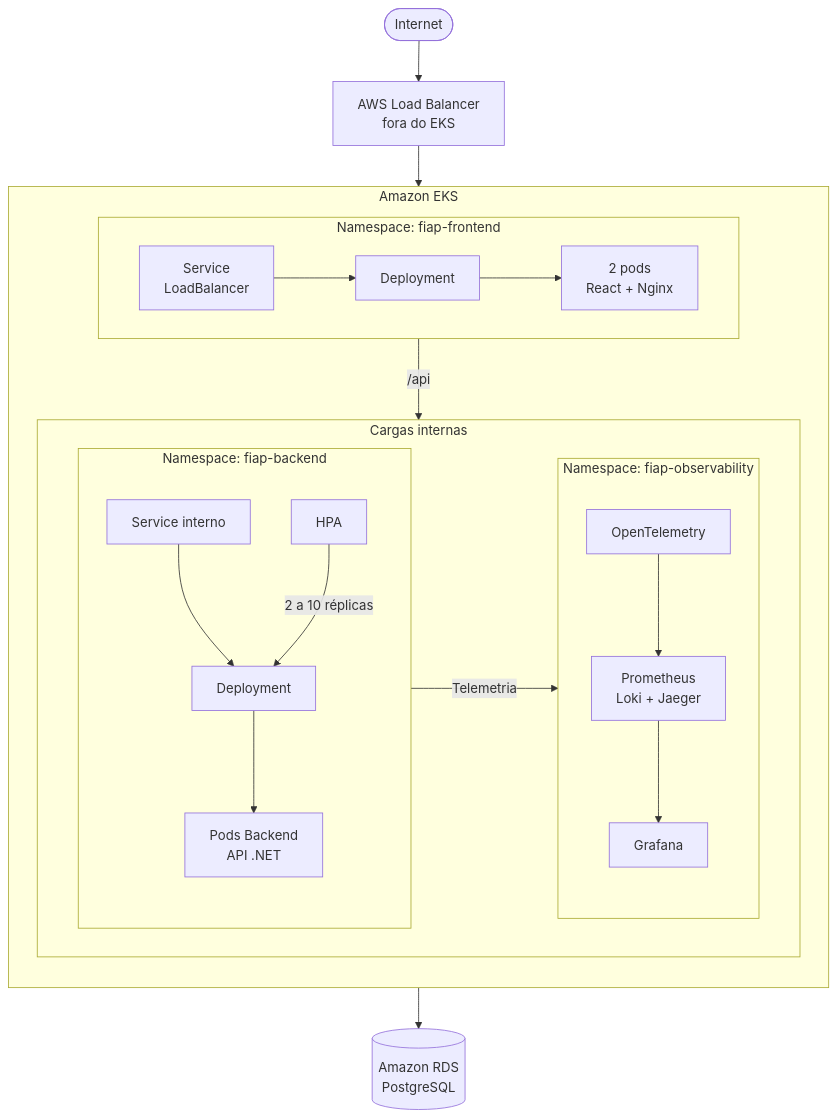
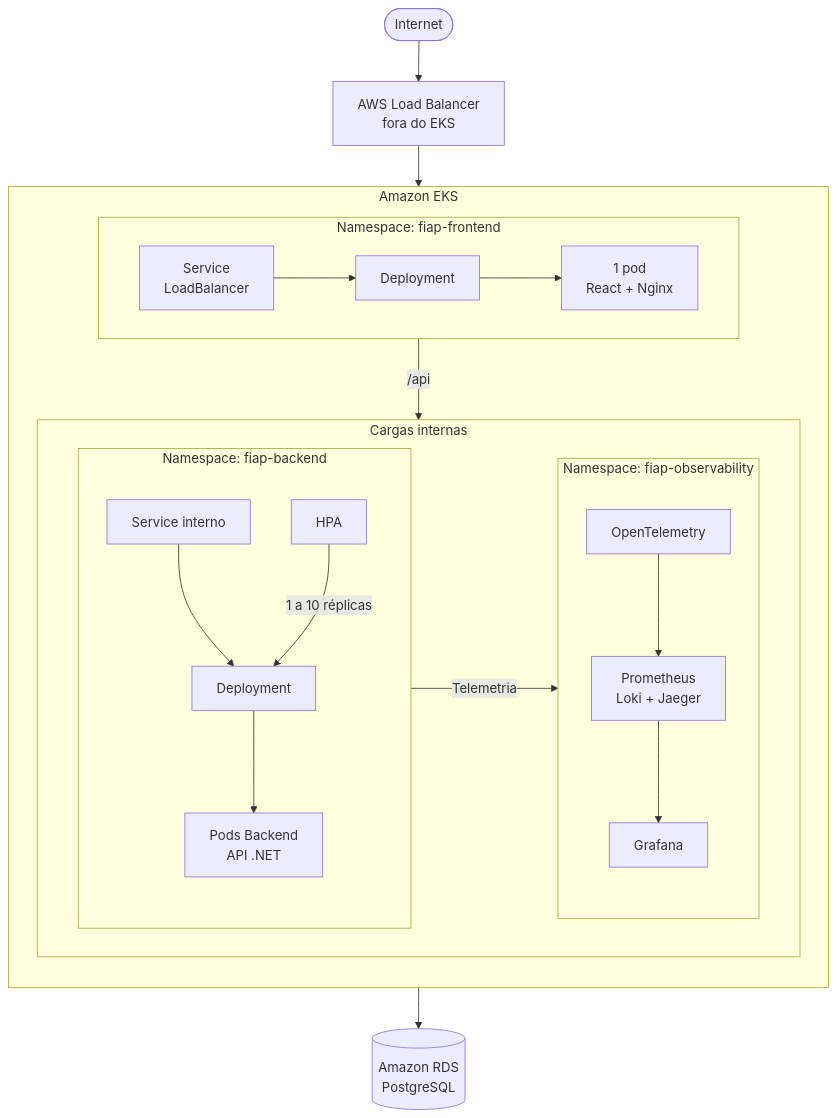
The second of 3 diagrams in docs/ARQUITETURA.md (Maieru/fiap-tech-challenge), drawn with Mermaid before and after one commit. The commit also changed other lines of this file and 25 other files, not shown here.

````diff
--- a/docs/ARQUITETURA.md
+++ b/docs/ARQUITETURA.md
@@ -41,37 +41,37 @@
 ```mermaid
 flowchart TB
     Internet([Internet]) --> LoadBalancer["AWS Load Balancer<br/>fora do EKS"]
 
     subgraph EKS["Amazon EKS"]
         direction TB
 
         subgraph FrontNS["Namespace: fiap-frontend"]
             direction LR
             FrontService["Service<br/>LoadBalancer"] --> FrontDeploy[Deployment]
-            FrontDeploy --> FrontPods["2 pods<br/>React + Nginx"]
+            FrontDeploy --> FrontPods["1 pod<br/>React + Nginx"]
         end
 
         subgraph Internal["Cargas internas"]
             direction LR
 
             subgraph BackNS["Namespace: fiap-backend"]
                 direction TB
                 BackService[Service interno] --> BackDeploy[Deployment]
-                HPA[HPA] -->|2 a 10 réplicas| BackDeploy
+                HPA[HPA] -->|1 a 10 réplicas| BackDeploy
                 BackDeploy --> BackPods["Pods Backend<br/>API .NET"]
             end
 
             subgraph ObsNS["Namespace: fiap-observability"]
                 direction TB
                 Telemetry[OpenTelemetry] --> Monitoring["Prometheus<br/>Loki + Jaeger"]
                 Monitoring --> Grafana[Grafana]
             end
         end
 
         FrontPods -->|/api| BackService
         BackPods -->|Telemetria| Telemetry
     end
 
     LoadBalancer --> FrontService
     BackPods --> RDS[(Amazon RDS<br/>PostgreSQL)]
 ```
````
